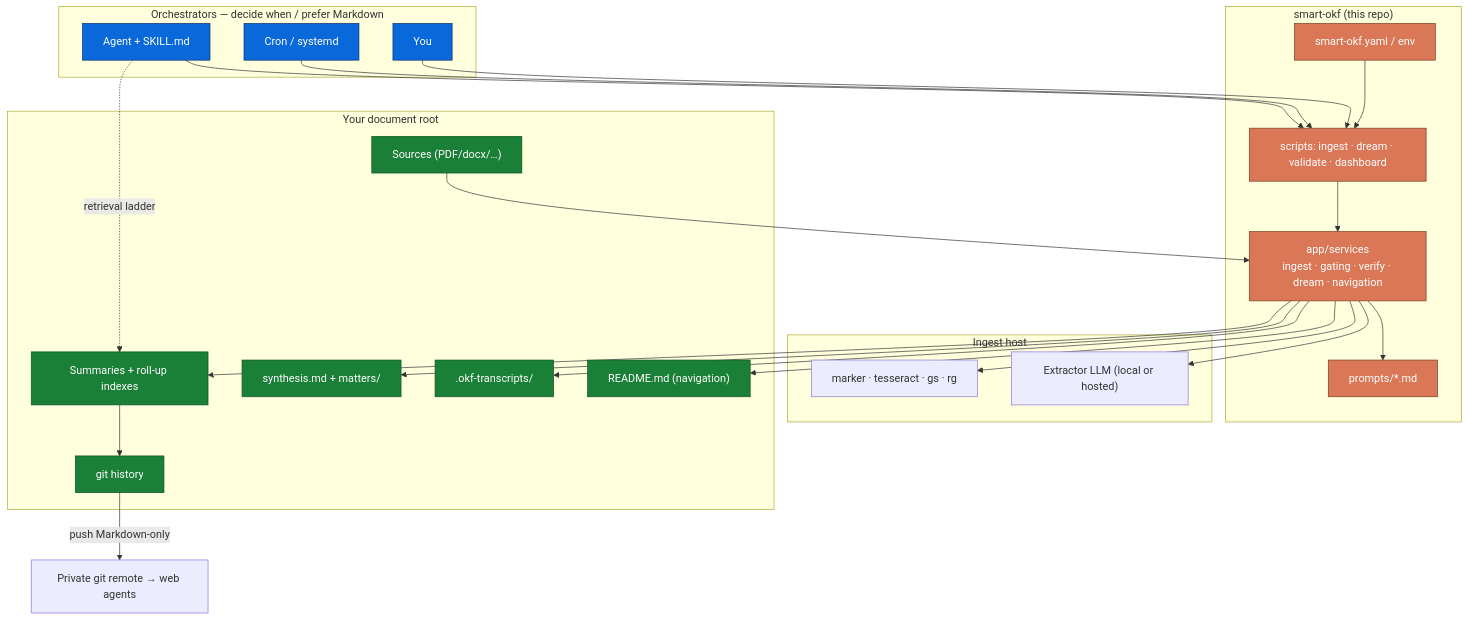
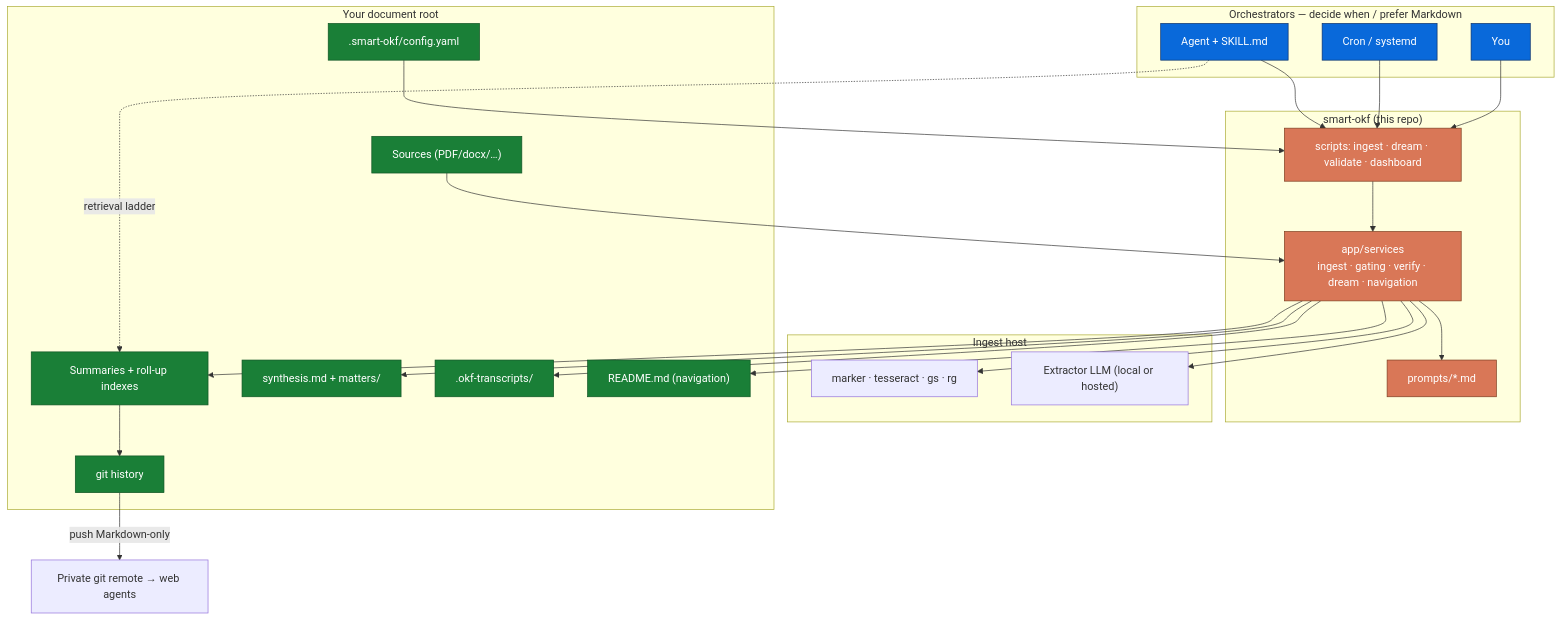
The fourth of 4 diagrams in README.md (TuxLux40/smart-okf), drawn with Mermaid before and after one commit. The commit also changed other lines of this file and 14 other files, not shown here.

````diff
--- a/README.md
+++ b/README.md
@@ -285,41 +288,41 @@
 ```mermaid
 flowchart TB
     subgraph orch["Orchestrators — decide when / prefer Markdown"]
         Agent["Agent + SKILL.md"]
         Cron["Cron / systemd"]
         Human["You"]
     end
     subgraph skill["smart-okf (this repo)"]
         CLI["scripts: ingest · dream · validate · dashboard"]
         Services["app/services<br/>ingest · gating · verify · dream · navigation"]
         Prompts["prompts/*.md"]
-        Config["smart-okf.yaml / env"]
     end
     subgraph host["Ingest host"]
         Tools["marker · tesseract · gs · rg"]
         Extractor["Extractor LLM (local or hosted)"]
     end
     subgraph tree["Your document root"]
+        Config[".smart-okf/config.yaml"]
         Sources["Sources (PDF/docx/…)"]
         Agg["Summaries + roll-up indexes"]
         Synth["synthesis.md + matters/"]
         Tx[".okf-transcripts/"]
         Nav["README.md (navigation)"]
         Git["git history"]
     end
     Agent & Cron & Human --> CLI
     Config --> CLI
     CLI --> Services --> Prompts
     Services --> Tools & Extractor
     Sources --> Services
     Services --> Agg & Synth & Tx & Nav
     Agg --> Git -->|push Markdown-only| Remote["Private git remote → web agents"]
     Agent -.->|retrieval ladder| Agg
 
     classDef a fill:#0969da,stroke:#0a3069,color:#fff
     classDef b fill:#d97757,stroke:#7d3c1e,color:#fff
     classDef c fill:#1a7f37,stroke:#0f5323,color:#fff
     class Agent,Cron,Human a
-    class CLI,Services,Prompts,Config b
-    class Sources,Agg,Synth,Tx,Nav,Git c
+    class CLI,Services,Prompts b
+    class Sources,Agg,Synth,Tx,Nav,Git,Config c
 ```
````
